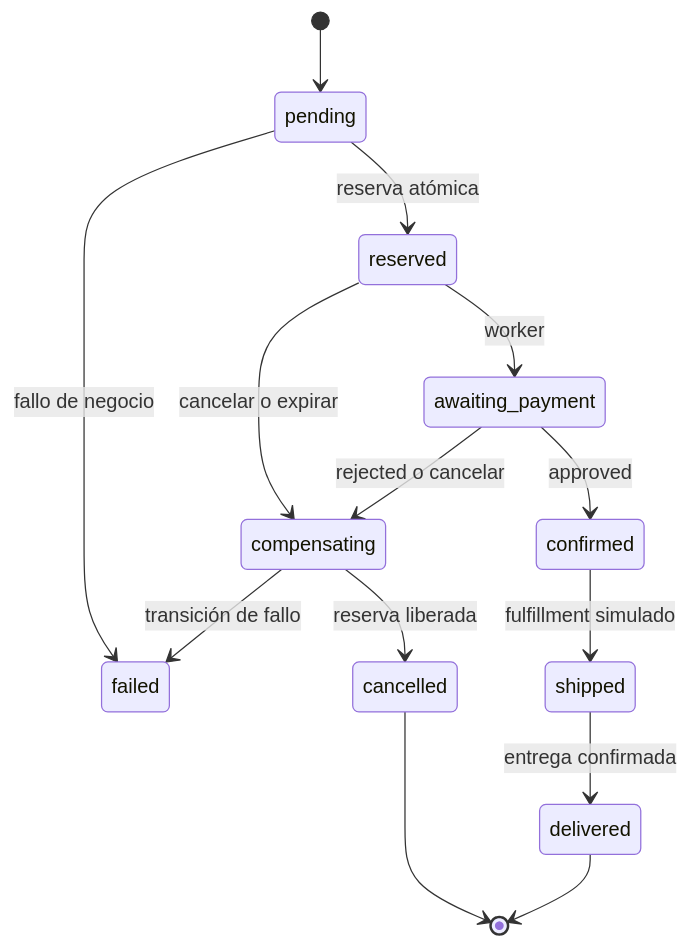
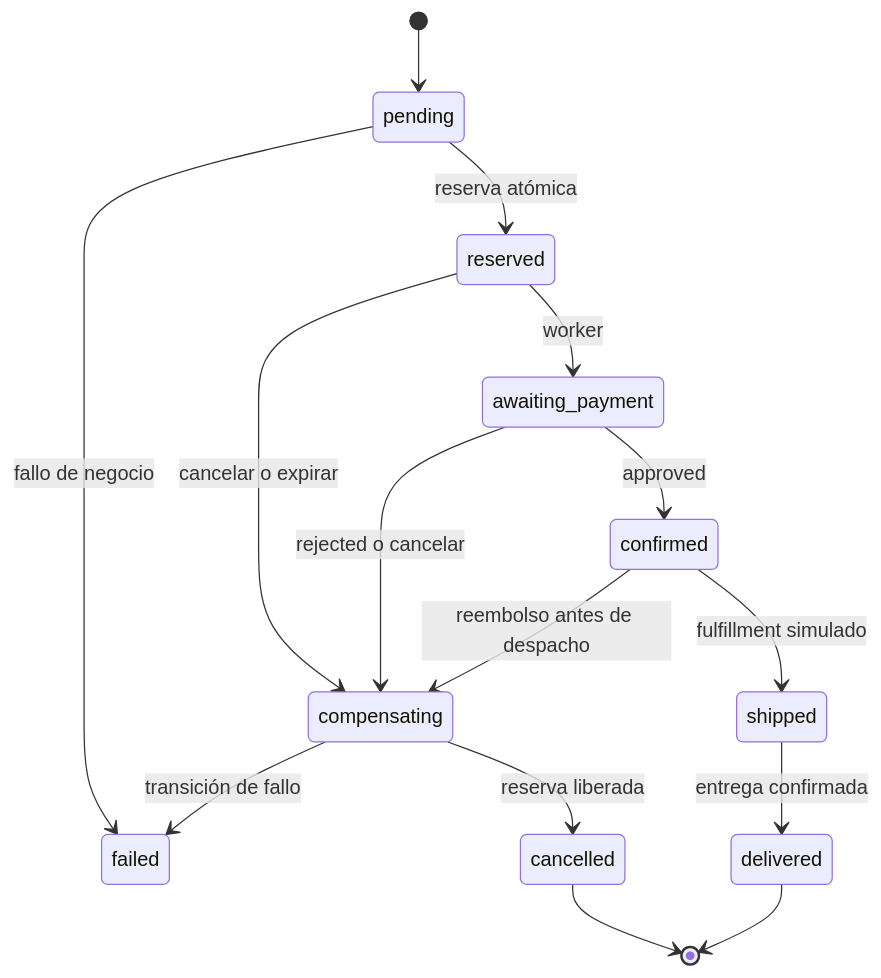
One commit to Arukado01/vortexbird-documentation changed the diagram in diagrams/08-saga.mmd. Above: the diagram before and after it, drawn with Mermaid. The commit also changed 25 other files, not shown here.

```diff
--- a/diagrams/08-saga.mmd
+++ b/diagrams/08-saga.mmd
@@ -1,14 +1,15 @@
 stateDiagram-v2
   [*] --> pending
   pending --> reserved: reserva atómica
   pending --> failed: fallo de negocio
   reserved --> awaiting_payment: worker
   reserved --> compensating: cancelar o expirar
   awaiting_payment --> confirmed: approved
   awaiting_payment --> compensating: rejected o cancelar
   compensating --> cancelled: reserva liberada
   compensating --> failed: transición de fallo
   confirmed --> shipped: fulfillment simulado
+  confirmed --> compensating: reembolso antes de despacho
   shipped --> delivered: entrega confirmada
   cancelled --> [*]
   delivered --> [*]
```
